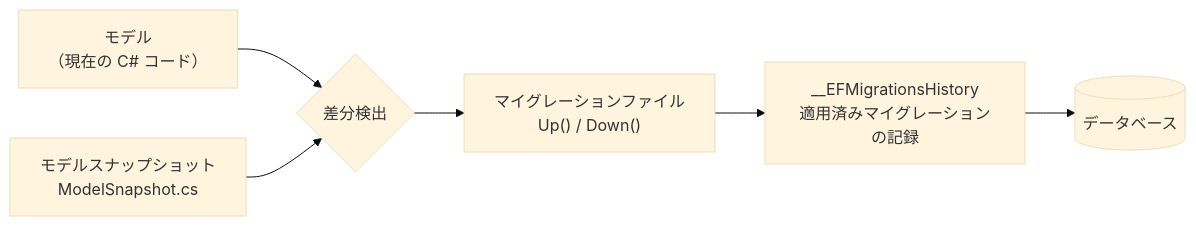
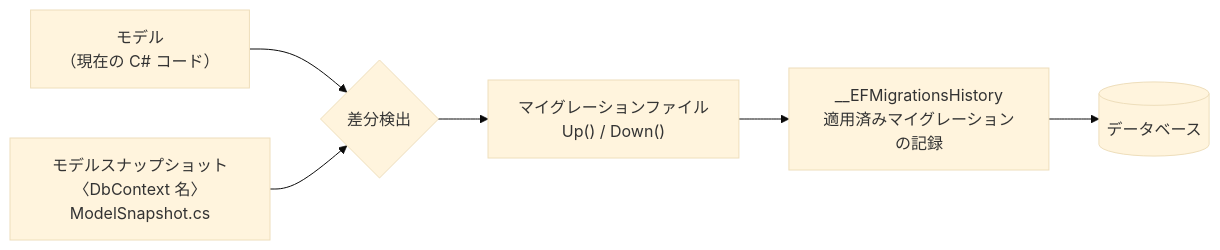
The fifth of 9 diagrams in src/content/docs/08-entity-framework-core/index.md (microsoft/aspnetcore-ja-handbook), drawn with Mermaid (base theme) before and after one commit. The commit also changed other lines of this file, not shown here.

````diff
--- a/src/content/docs/08-entity-framework-core/index.md
+++ b/src/content/docs/08-entity-framework-core/index.md
@@ -911,8 +911,8 @@
 ```mermaid
 flowchart LR
     M1["モデル<br>（現在の C# コード）"] --> DIFF{差分検出}
-    SNAP["モデルスナップショット<br>ModelSnapshot.cs"] --> DIFF
+    SNAP["モデルスナップショット<br>〈DbContext 名〉ModelSnapshot.cs"] --> DIFF
     DIFF --> MIG["マイグレーションファイル<br>Up() / Down()"]
     MIG --> HIST["__EFMigrationsHistory<br>適用済みマイグレーションの記録"]
     HIST --> DB[("データベース")]
 ```
````
